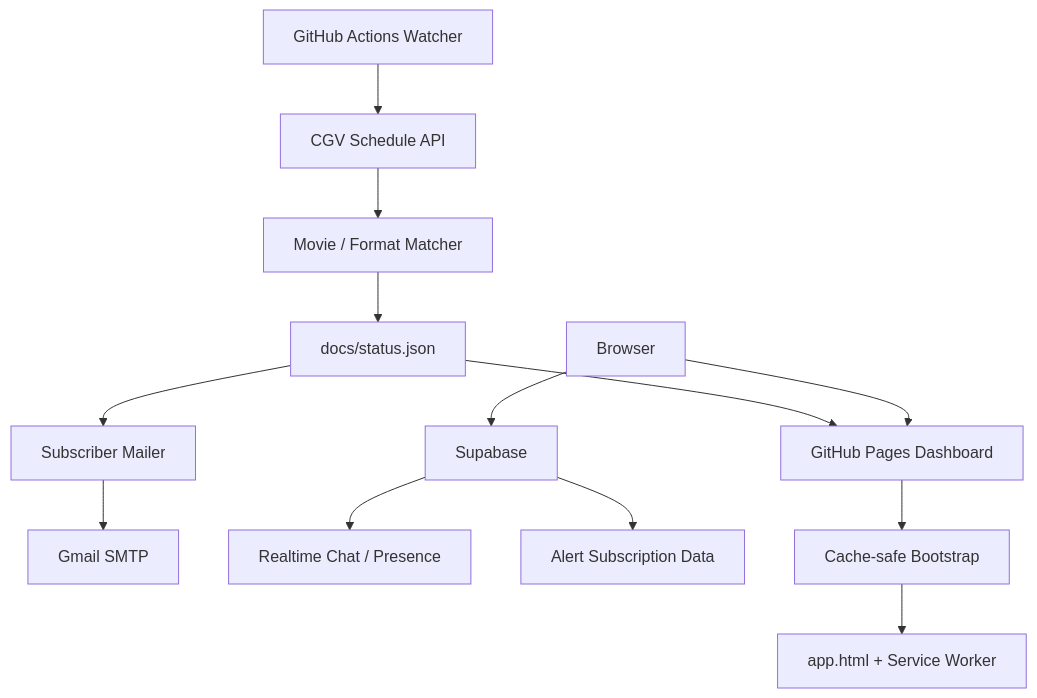
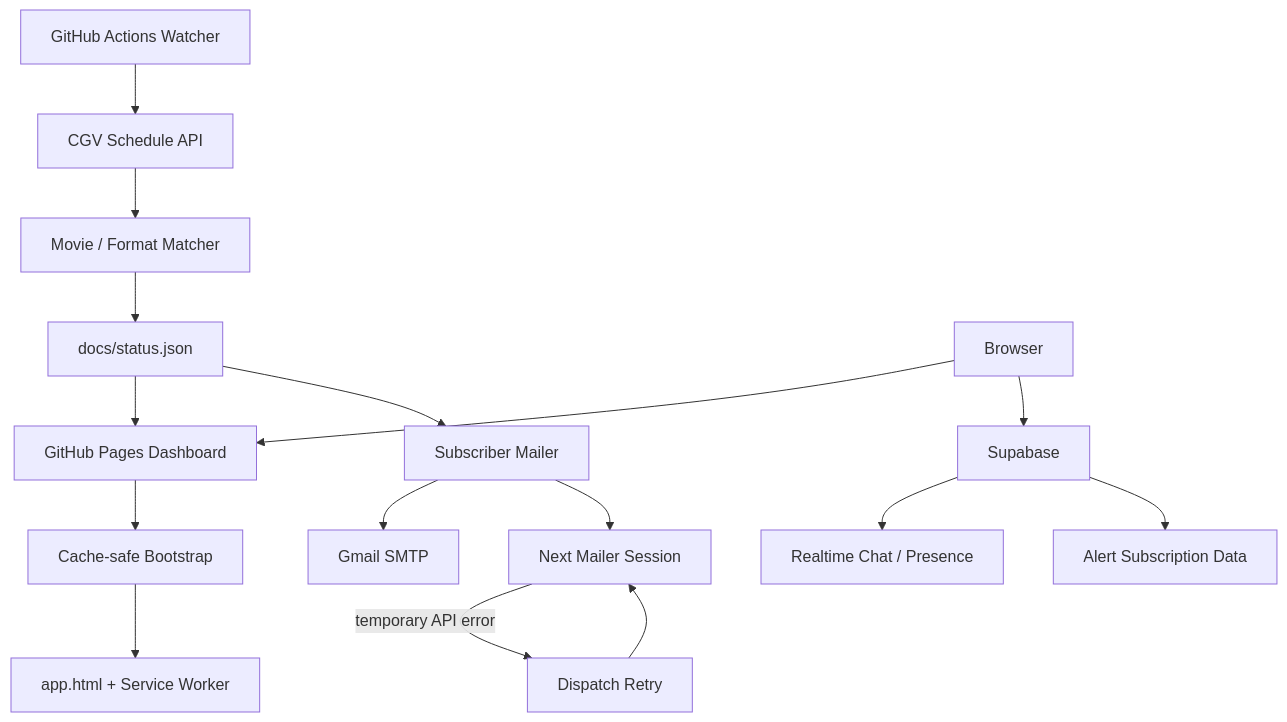
The diagram in README.md (LIM-AIT/cgv-api-watcher), drawn with Mermaid before and after one commit. The commit also changed other lines of this file, not shown here.

Commit message:
Update mailer reliability documentation

````diff
--- a/README.md
+++ b/README.md
@@ -86,17 +89,20 @@
 ```mermaid
 flowchart TD
     A[GitHub Actions Watcher] --> B[CGV Schedule API]
     B --> C[Movie / Format Matcher]
     C --> D[docs/status.json]
     D --> E[GitHub Pages Dashboard]
     D --> F[Subscriber Mailer]
     F --> G[Gmail SMTP]
+    F --> H[Next Mailer Session]
+    H -->|temporary API error| I[Dispatch Retry]
+    I --> H
 
-    H[Browser] --> E
-    H --> I[Supabase]
-    I --> J[Realtime Chat / Presence]
-    I --> K[Alert Subscription Data]
+    J[Browser] --> E
+    J --> K[Supabase]
+    K --> L[Realtime Chat / Presence]
+    K --> M[Alert Subscription Data]
 
-    E --> L[Cache-safe Bootstrap]
-    L --> M[app.html + Service Worker]
+    E --> N[Cache-safe Bootstrap]
+    N --> O[app.html + Service Worker]
 ```
````
